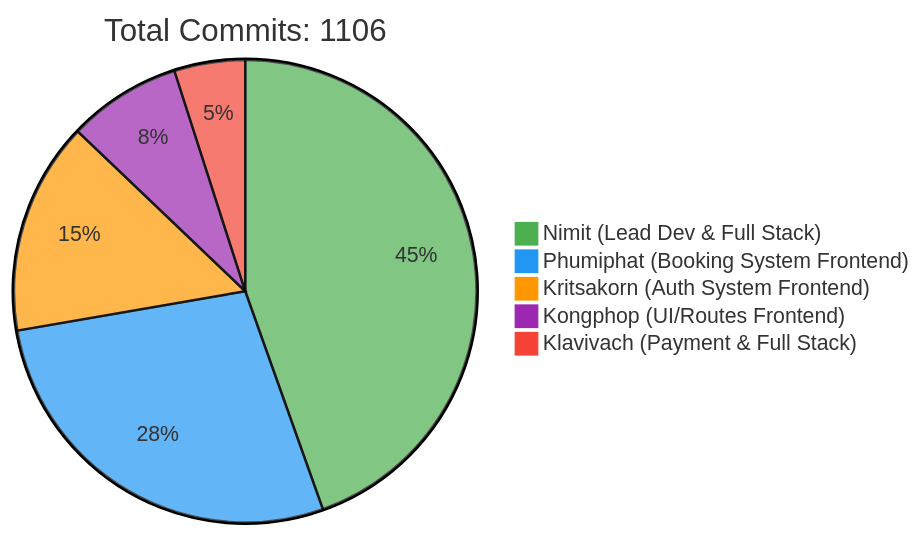
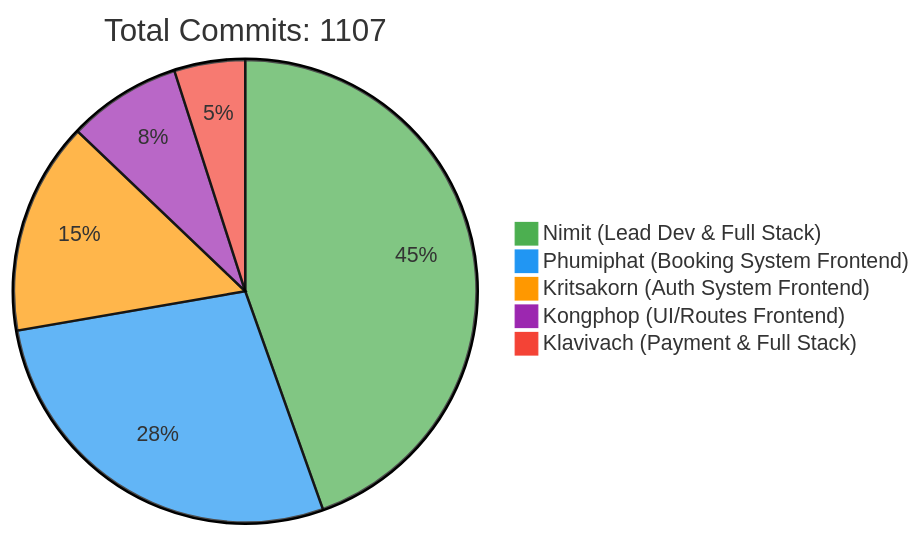
Before and after one commit to 6531503042/Sport-Complex: the first of 2 diagrams in README.md, drawn with Mermaid. The commit also changed other lines of this file, not shown here.

Commit message:
docs: Update contributor statistics [skip ci]

````diff
--- a/README.md
+++ b/README.md
@@ -257,10 +257,10 @@
 ```mermaid
 %%{init: {'theme': 'base', 'themeVariables': { 'pie1': '#4CAF50', 'pie2': '#2196F3', 'pie3': '#FF9800', 'pie4': '#9C27B0', 'pie5': '#F44336'}}}%%
 pie
-    title Total Commits: 1106
+    title Total Commits: 1107
     "Nimit (Lead Dev & Full Stack)" : 450
     "Phumiphat (Booking System Frontend)" : 280
     "Kritsakorn (Auth System Frontend)" : 150
     "Kongphop (UI/Routes Frontend)" : 80
     "Klavivach (Payment & Full Stack)" : 50
 ```
````
